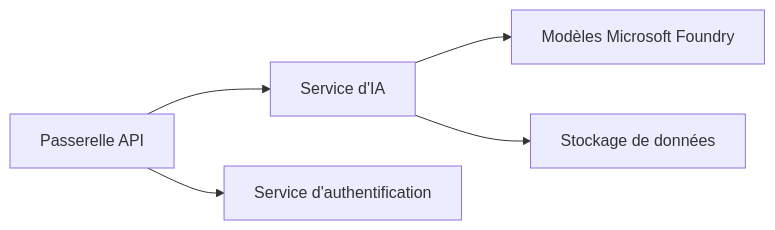
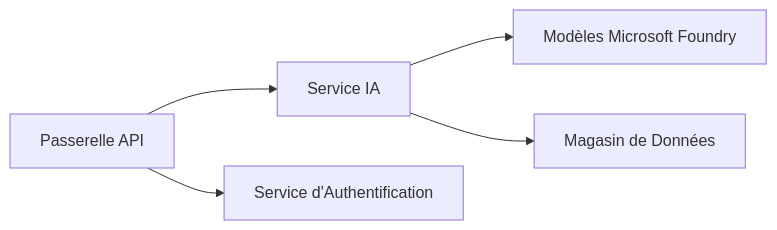
Before and after one commit to microsoft/AZD-for-beginners: the first of 2 diagrams in translations/fr/docs/chapter-08-production/README.md, drawn with Mermaid. The commit also changed other lines of this file and 99 other files, not shown here.

````diff
--- a/translations/fr/docs/chapter-08-production/README.md
+++ b/translations/fr/docs/chapter-08-production/README.md
@@ -46,6 +48,6 @@
 ```mermaid
 graph LR
-    Gateway[Passerelle API] --> AI[Service d'IA] --> Models[Modèles Microsoft Foundry]
-    Gateway --> Auth[Service d'authentification]
-    AI --> Data[Stockage de données]
+    Gateway[Passerelle API] --> AI[Service IA] --> Models[Modèles Microsoft Foundry]
+    Gateway --> Auth[Service d'Authentification]
+    AI --> Data[Magasin de Données]
 ```
````
